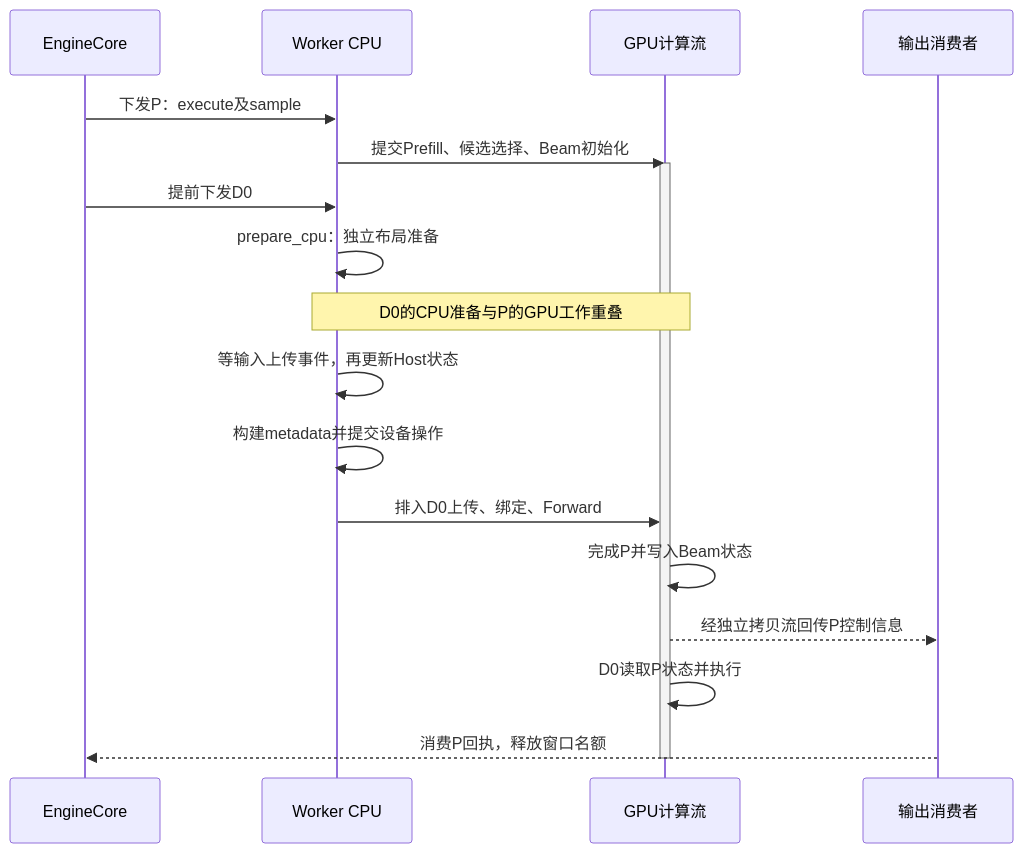
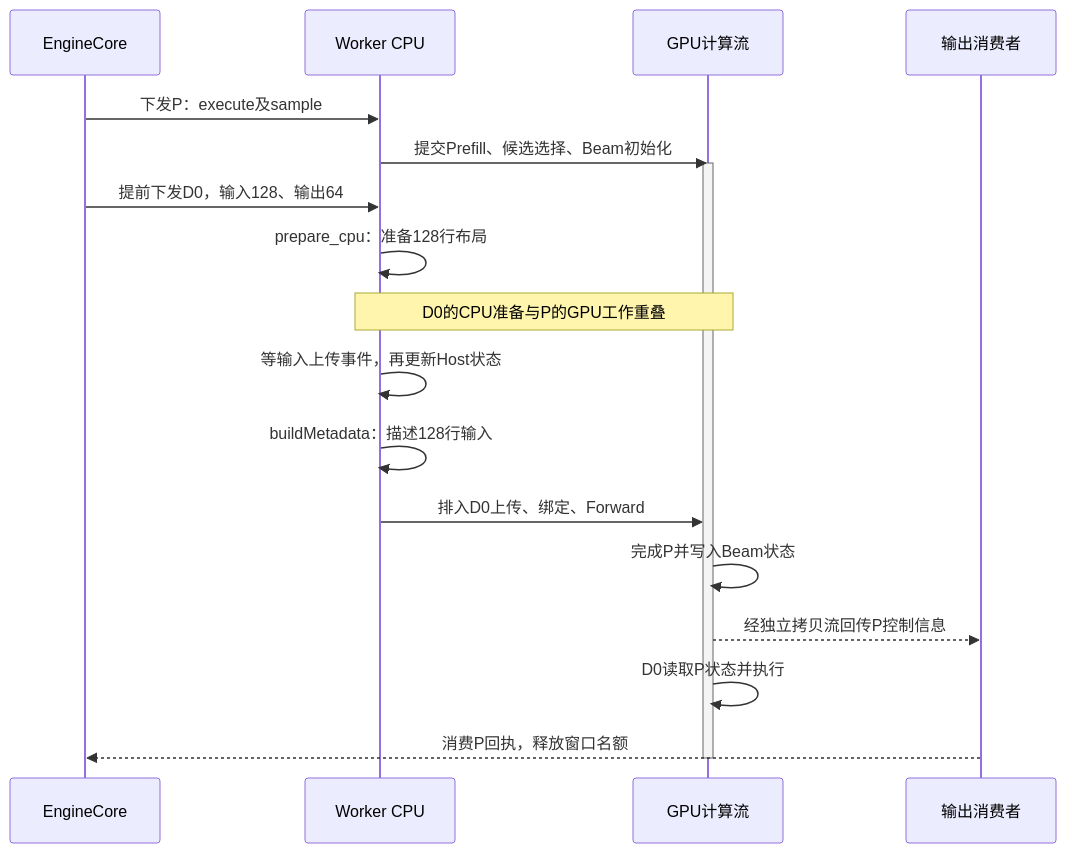
One commit to zhanghanleo10/gr-related changed the second of 6 diagrams in GR/async_scheduling_cpu_gpu_overlap_guide.md. Above: the diagram before and after it, drawn with Mermaid. The commit also changed other lines of this file, not shown here.

````diff
--- a/GR/async_scheduling_cpu_gpu_overlap_guide.md
+++ b/GR/async_scheduling_cpu_gpu_overlap_guide.md
@@ -237,21 +304,21 @@
 ```mermaid
 sequenceDiagram
     participant E as EngineCore
     participant C as Worker CPU
     participant G as GPU计算流
     participant O as 输出消费者
     E->>C: 下发P：execute及sample
     C->>G: 提交Prefill、候选选择、Beam初始化
     activate G
-    E->>C: 提前下发D0
-    C->>C: prepare_cpu：独立布局准备
+    E->>C: 提前下发D0，输入128、输出64
+    C->>C: prepare_cpu：准备128行布局
     Note over C,G: D0的CPU准备与P的GPU工作重叠
     C->>C: 等输入上传事件，再更新Host状态
-    C->>C: 构建metadata并提交设备操作
+    C->>C: buildMetadata：描述128行输入
     C->>G: 排入D0上传、绑定、Forward
     G->>G: 完成P并写入Beam状态
     G-->>O: 经独立拷贝流回传P控制信息
     G->>G: D0读取P状态并执行
     O-->>E: 消费P回执，释放窗口名额
     deactivate G
 ```
````
